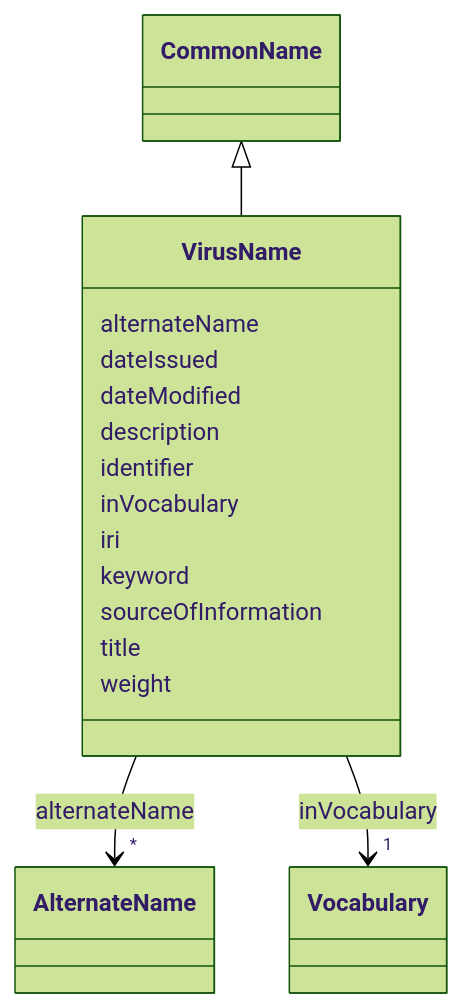
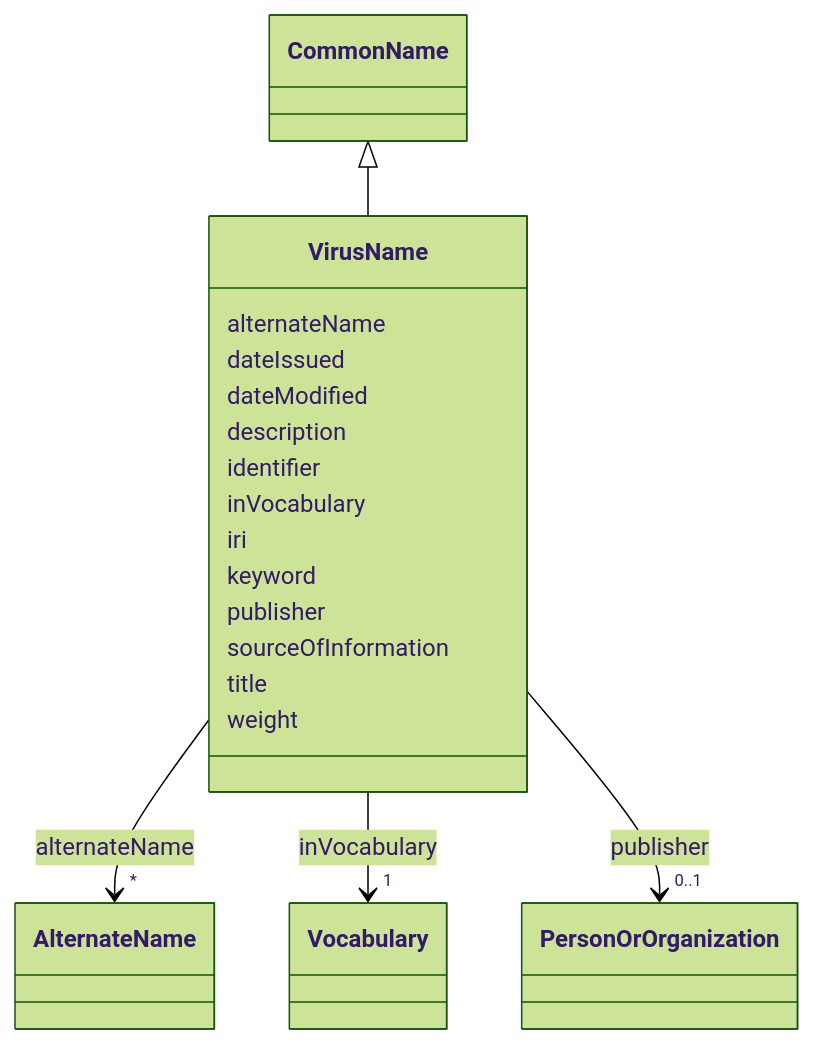
Before and after one commit to EVORA-project/evora-ontology: the diagram in models/docs/VirusName.md, drawn with Mermaid (forest theme). The commit also changed other lines of this file and 468 other files, not shown here.

````diff
--- a/models/docs/VirusName.md
+++ b/models/docs/VirusName.md
@@ -19,45 +19,54 @@
 ```mermaid
  classDiagram
     class VirusName
     click VirusName href "../VirusName"
       CommonName <|-- VirusName
         click CommonName href "../CommonName"
       
       VirusName : alternateName
         
           
     
     
     VirusName --> "*" AlternateName : alternateName
     click AlternateName href "../AlternateName"
 
         
       VirusName : dateIssued
         
       VirusName : dateModified
         
       VirusName : description
         
       VirusName : identifier
         
       VirusName : inVocabulary
         
           
     
     
     VirusName --> "1" Vocabulary : inVocabulary
     click Vocabulary href "../Vocabulary"
 
         
       VirusName : iri
         
       VirusName : keyword
         
+      VirusName : publisher
+        
+          
+    
+    
+    VirusName --> "0..1" PersonOrOrganization : publisher
+    click PersonOrOrganization href "../PersonOrOrganization"
+
+        
       VirusName : sourceOfInformation
         
       VirusName : title
         
       VirusName : weight
         
       
 ```
````
